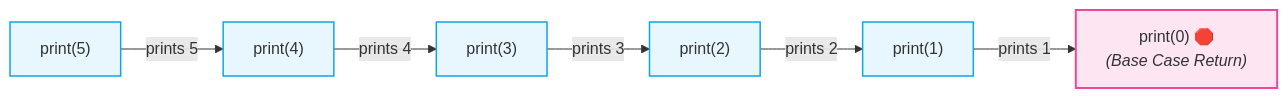
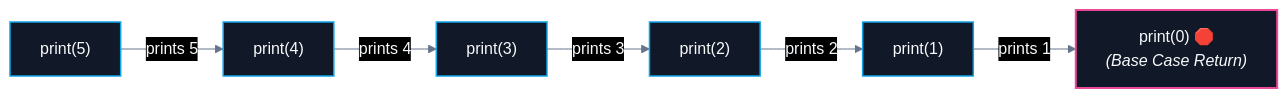
One commit to abhinavbharti2345/CS_Notes changed the first of 2 diagrams in CS/DSA/05. Recursion & Backtracking/01. Recursion Fundamentals.md. Above: the diagram before and after it, drawn with Mermaid. The commit also changed other lines of this file and 195 other files, not shown here.

````diff
--- a/CS/DSA/05. Recursion & Backtracking/01. Recursion Fundamentals.md
+++ b/CS/DSA/05. Recursion & Backtracking/01. Recursion Fundamentals.md
@@ -67,13 +67,14 @@
 ```mermaid
+%%{init: {'theme': 'base', 'themeVariables': { 'darkMode': true, 'background': '#0B0F14', 'mainBkg': '#111827', 'primaryColor': '#111827', 'primaryTextColor': '#F8FAFC', 'primaryBorderColor': '#38BDF8', 'lineColor': '#64748B', 'secondaryColor': '#0B0F14', 'tertiaryColor': '#0B0F14', 'clusterBkg': '#0B0F14', 'clusterBorder': '#38BDF8' }}}%%
 flowchart LR
     P5["print(5)"] -->|prints 5| P4["print(4)"]
     P4 -->|prints 4| P3["print(3)"]
     P3 -->|prints 3| P2["print(2)"]
     P2 -->|prints 2| P1["print(1)"]
     P1 -->|prints 1| P0["print(0) 🛑<br/><i>(Base Case Return)</i>"]
 
-    classDef frame fill:#0ea5e918,stroke:#0ea5e9,stroke-width:1.5px;
-    classDef base fill:#ec489922,stroke:#ec4899,stroke-width:2px;
+    classDef frame fill:#111827,stroke:#0ea5e9,stroke-width:1.5px,color:#F8FAFC;
+    classDef base fill:#111827,stroke:#ec4899,stroke-width:2px,color:#F8FAFC;
     class P5,P4,P3,P2,P1 frame;
     class P0 base;
 ```
````
